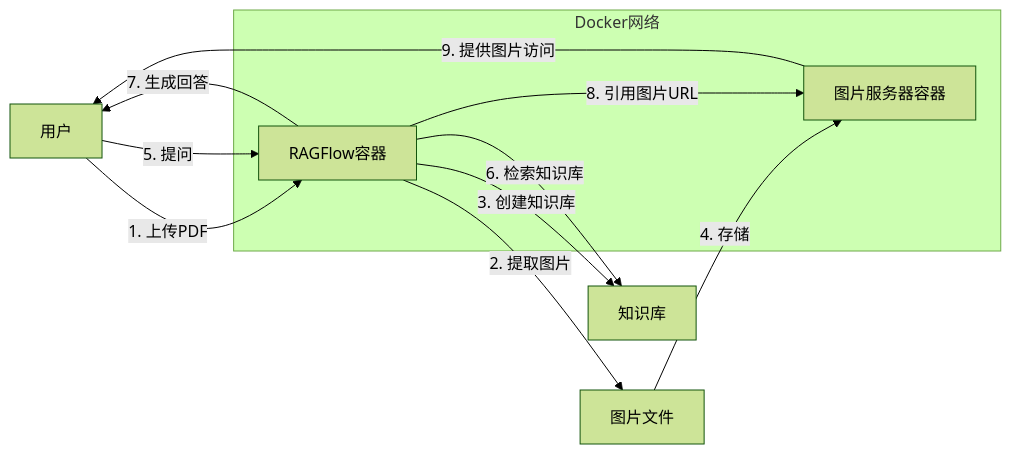
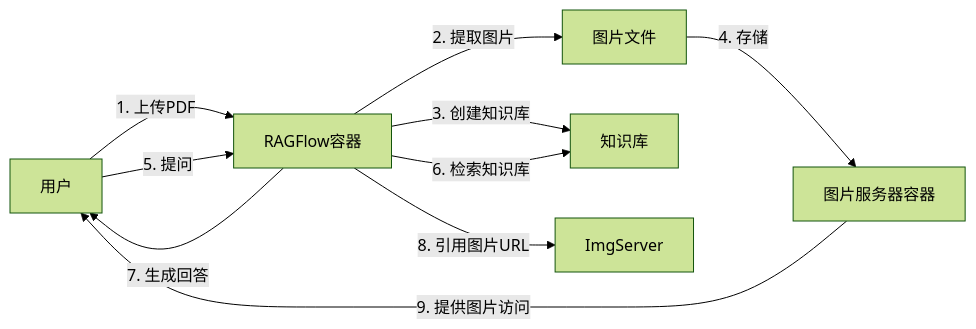
The first of 3 diagrams in server/services/multimodal/README.md (qqlww1987/KnowFlow), drawn with Mermaid (forest theme) before and after one commit. The commit also changed other lines of this file and 14 other files, not shown here.

````diff
--- a/server/services/multimodal/README.md
+++ b/server/services/multimodal/README.md
@@ -21,17 +21,13 @@
 ```mermaid
 graph LR
     User[用户] --> |1. 上传PDF| RAG[RAGFlow容器]
     RAG --> |2. 提取图片| Images[图片文件]
     RAG --> |3. 创建知识库| KB[知识库]
-    Images --> |4. 存储| ImgServer[图片服务器容器]
+    Images --> |4. 存储| MinIO[图片服务器容器]
     User --> |5. 提问| RAG
     RAG --> |6. 检索知识库| KB
     RAG --> |7. 生成回答| User
     RAG --> |8. 引用图片URL| ImgServer
-    ImgServer --> |9. 提供图片访问| User
+    MinIO --> |9. 提供图片访问| User
     
-    subgraph Docker网络
-        RAG
-        ImgServer
-    end
 ```
````
